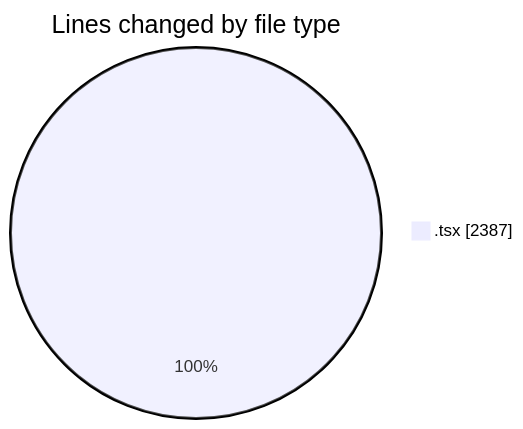
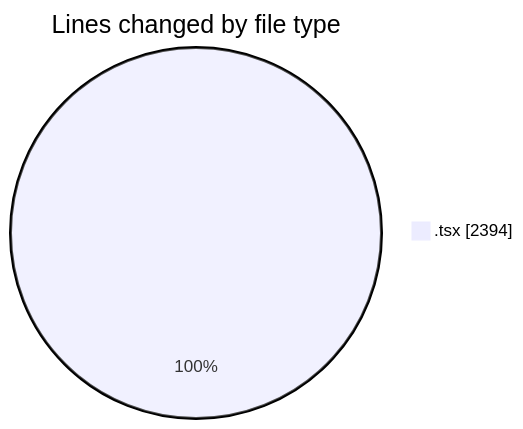
Before and after one commit to momahboobian/code-tracking: the first of 2 diagrams in 2025-11-17/cda/README.md, drawn with Mermaid. The commit also changed other lines of this file and 1 other file, not shown here.

````diff
--- a/2025-11-17/cda/README.md
+++ b/2025-11-17/cda/README.md
@@ -20,5 +20,5 @@
 ```mermaid
 pie showData
 title Lines changed by file type
-".tsx" : 2387
+".tsx" : 2394
 ```
````
